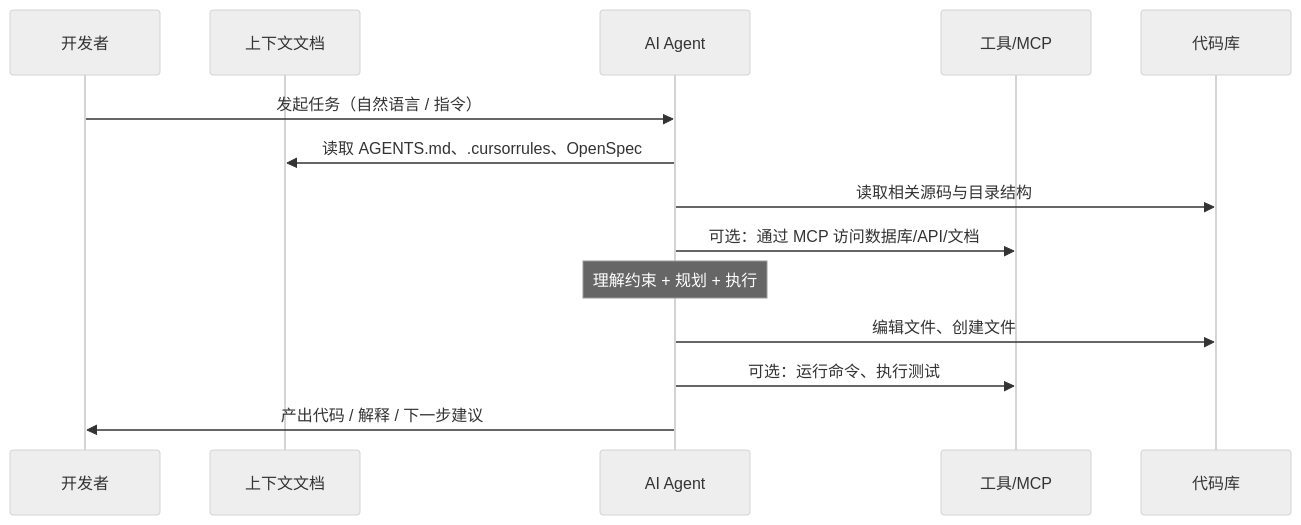
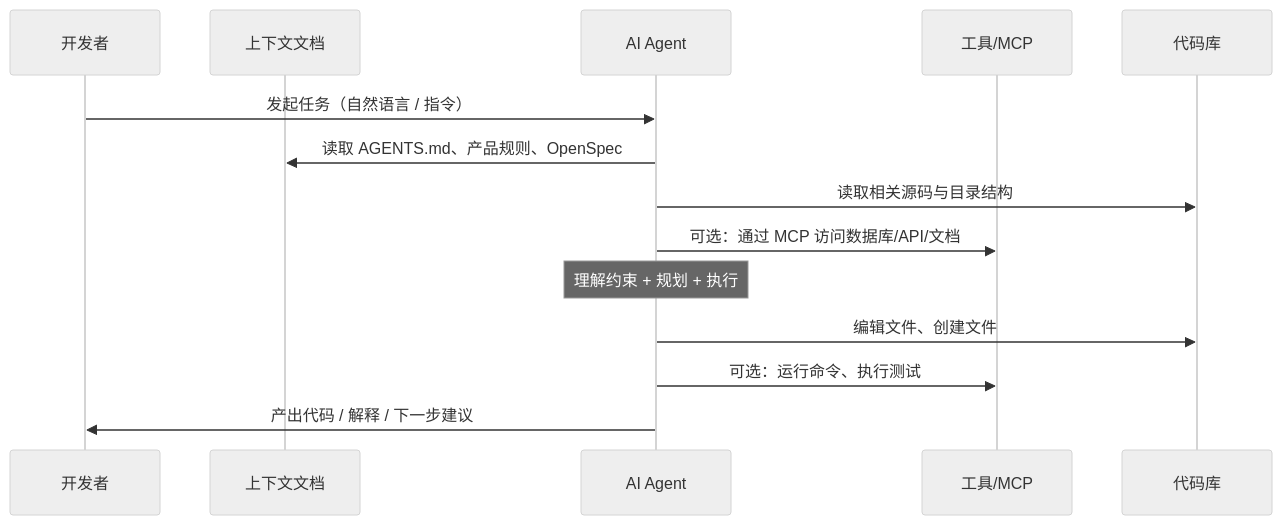
Before and after one commit to nishigepi8/note: the first of 3 diagrams in AI/Agent执行流程与规范-AGENTS与规则文档.md, drawn with Mermaid (neutral theme). The commit also changed other lines of this file and 1 other file, not shown here.

Commit message:
docs: 新增 AI-Agent 开发指南，补充 Agent 工作流内容

````diff
--- a/AI/Agent执行流程与规范-AGENTS与规则文档.md
+++ b/AI/Agent执行流程与规范-AGENTS与规则文档.md
@@ -11,19 +11,19 @@
 ```mermaid
 sequenceDiagram
     participant User as 开发者
     participant Context as 上下文文档
     participant Agent as AI Agent
     participant Tools as 工具/MCP
     participant Codebase as 代码库
 
     User->>Agent: 发起任务（自然语言 / 指令）
-    Agent->>Context: 读取 AGENTS.md、.cursorrules、OpenSpec
+    Agent->>Context: 读取 AGENTS.md、产品规则、OpenSpec
     Agent->>Codebase: 读取相关源码与目录结构
     Agent->>Tools: 可选：通过 MCP 访问数据库/API/文档
 
     Note over Agent: 理解约束 + 规划 + 执行
 
     Agent->>Codebase: 编辑文件、创建文件
     Agent->>Tools: 可选：运行命令、执行测试
     Agent->>User: 产出代码 / 解释 / 下一步建议
 ```
````
